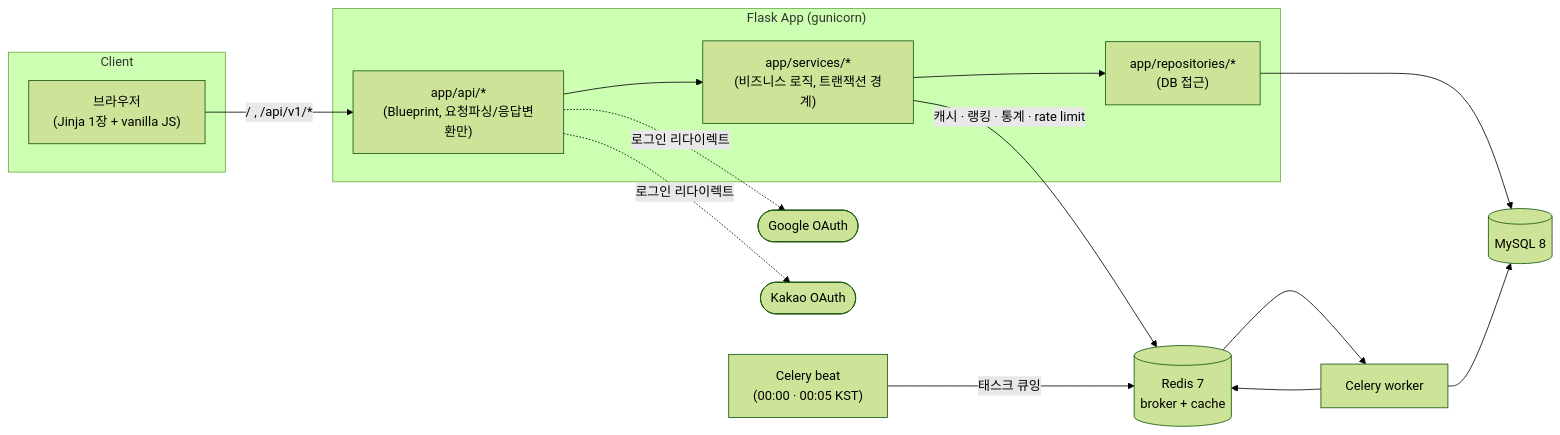
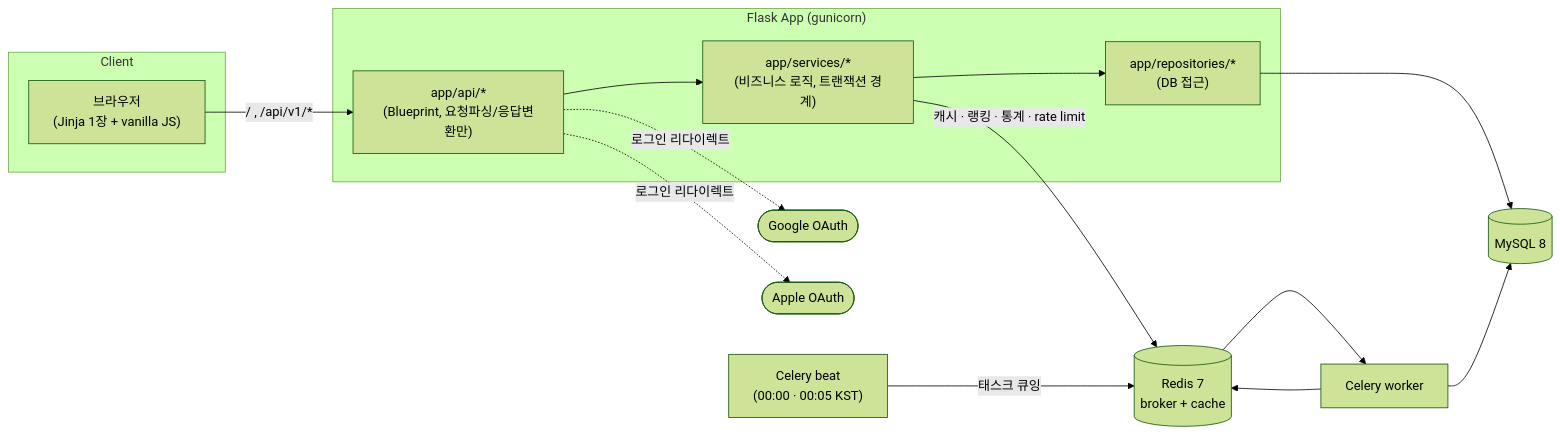
Before and after one commit to dosaem/chosung-daily: the diagram in README.md, drawn with Mermaid (forest theme). The commit also changed other lines of this file and 13 other files, not shown here.

````diff
--- a/README.md
+++ b/README.md
@@ -22,31 +22,31 @@
 ```mermaid
 graph LR
     subgraph Client
         Browser["브라우저<br/>(Jinja 1장 + vanilla JS)"]
     end
 
     subgraph "Flask App (gunicorn)"
         API["app/api/*<br/>(Blueprint, 요청파싱/응답변환만)"]
         SVC["app/services/*<br/>(비즈니스 로직, 트랜잭션 경계)"]
         REPO["app/repositories/*<br/>(DB 접근)"]
         API --> SVC --> REPO
     end
 
     MySQL[("MySQL 8")]
     Redis[("Redis 7<br/>broker + cache")]
     Worker["Celery worker"]
     Beat["Celery beat<br/>(00:00 · 00:05 KST)"]
     Google(["Google OAuth"])
-    Kakao(["Kakao OAuth"])
+    Apple(["Apple OAuth"])
 
     Browser -->|"/ , /api/v1/*"| API
     REPO --> MySQL
     SVC -->|캐시 · 랭킹 · 통계 · rate limit| Redis
     API -.->|로그인 리다이렉트| Google
-    API -.->|로그인 리다이렉트| Kakao
+    API -.->|로그인 리다이렉트| Apple
 
     Beat -->|태스크 큐잉| Redis
     Redis --> Worker
     Worker --> MySQL
     Worker --> Redis
 ```
````
